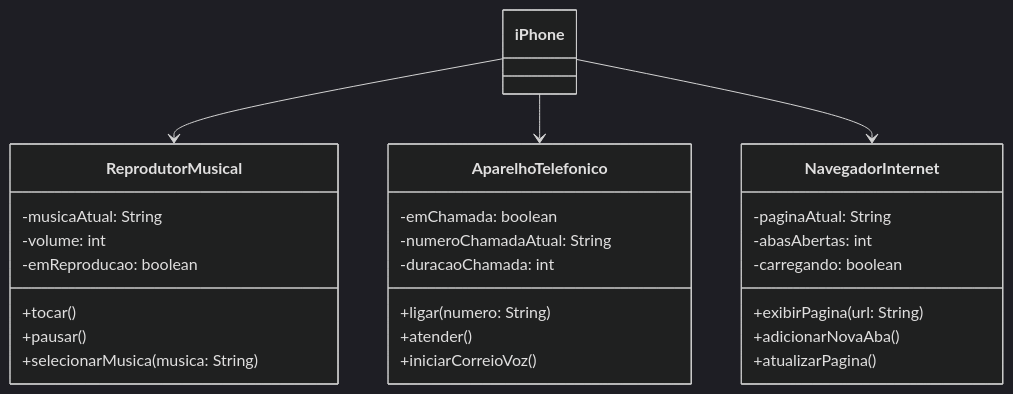
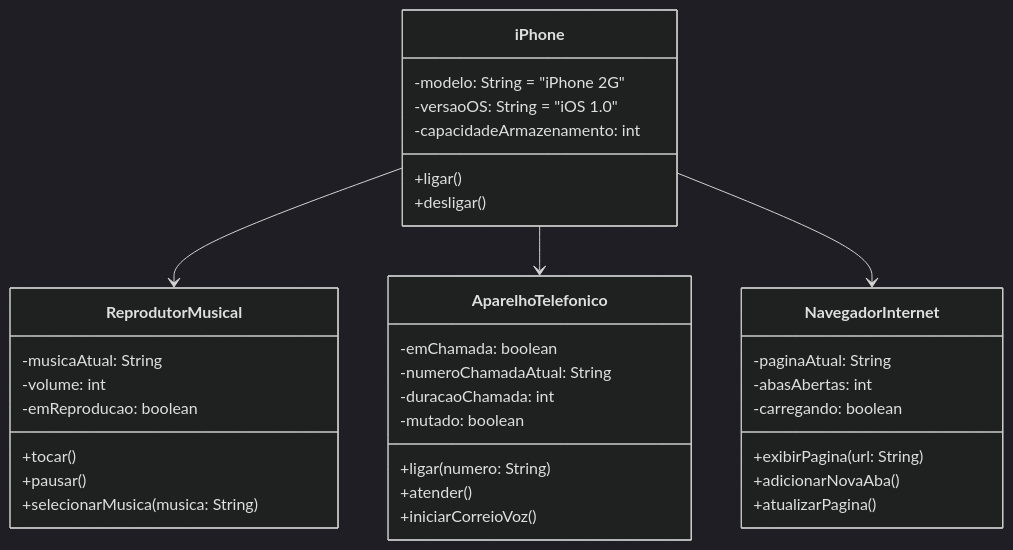
The diagram in Teste.md (ivandronovais/modelagem-iphone), drawn with Mermaid (dark theme) before and after one commit. The commit also changed 4 other files, not shown here.

````diff
--- a/Teste.md
+++ b/Teste.md
@@ -1,34 +1,42 @@
 ```mermaid
 classDiagram
+    class iPhone {
+        -modelo: String = "iPhone 2G"
+        -versaoOS: String = "iOS 1.0"
+        -capacidadeArmazenamento: int
+        +ligar()
+        +desligar()
+    }
 
     class ReprodutorMusical {
         -musicaAtual: String
         -volume: int
         -emReproducao: boolean
         +tocar()
         +pausar()
         +selecionarMusica(musica: String)
     }
 
     class AparelhoTelefonico {
         -emChamada: boolean
         -numeroChamadaAtual: String
         -duracaoChamada: int
+        -mutado: boolean
         +ligar(numero: String)
         +atender()
         +iniciarCorreioVoz()
     }
 
     class NavegadorInternet {
         -paginaAtual: String
         -abasAbertas: int
         -carregando: boolean
         +exibirPagina(url: String)
         +adicionarNovaAba()
         +atualizarPagina()
     }
 
     iPhone --> ReprodutorMusical
     iPhone --> AparelhoTelefonico
     iPhone --> NavegadorInternet
 ```
````
